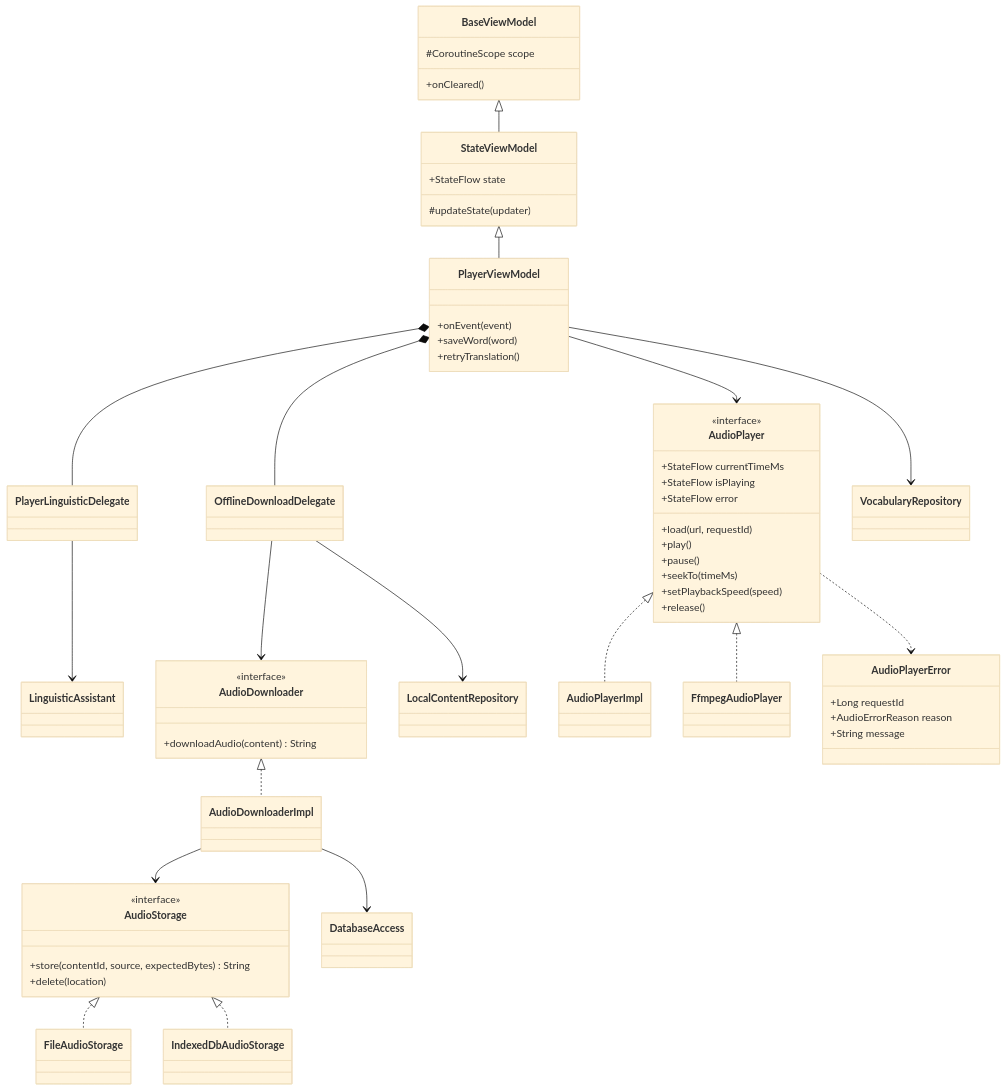
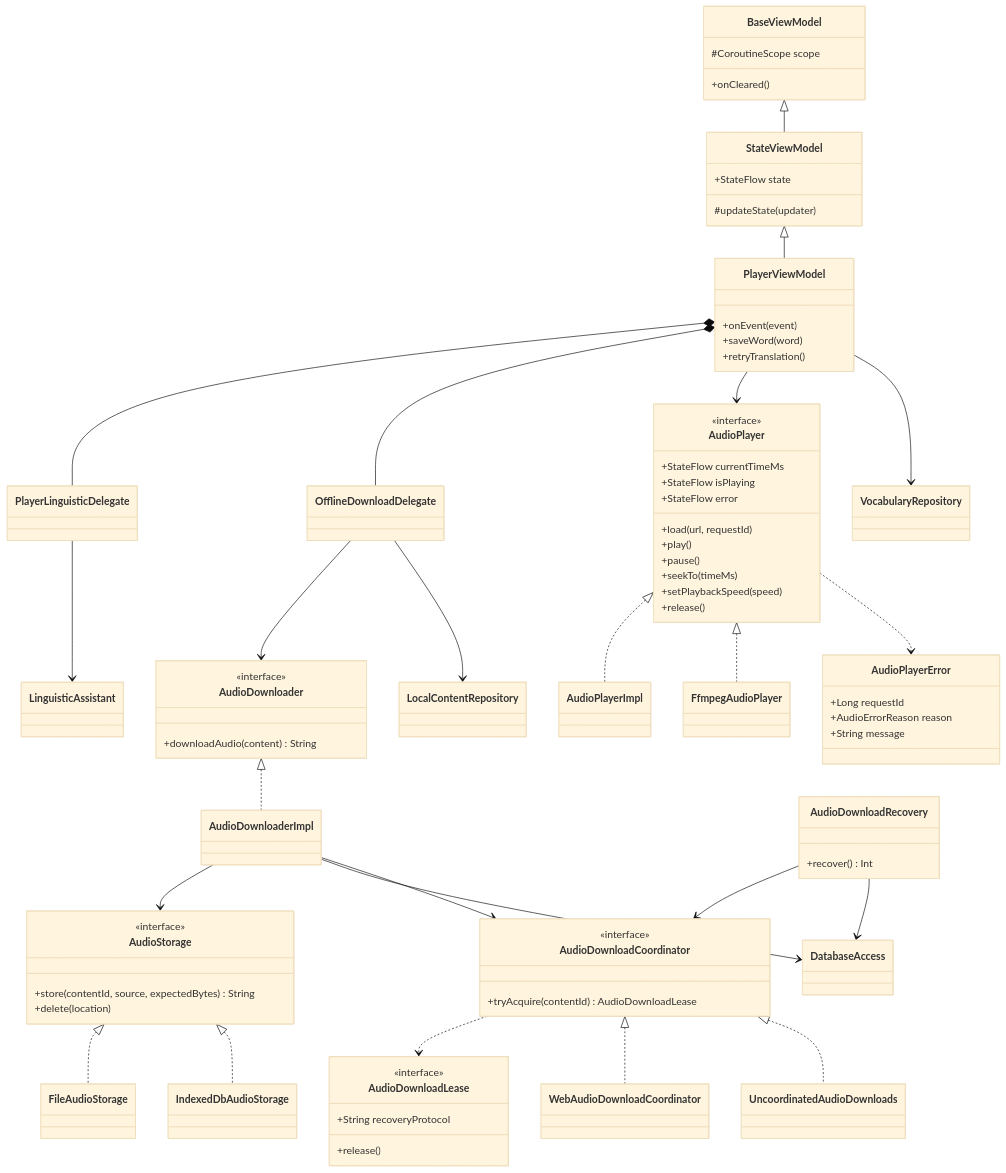
The third of 4 diagrams in docs/UML_CLASSES.md (ursusandwolf/langkraft), drawn with Mermaid (base theme) before and after one commit. The commit also changed other lines of this file and 21 other files, not shown here.

Commit message:
fix: recover interrupted browser download statuses under content leases

```diff
--- a/docs/UML_CLASSES.md
+++ b/docs/UML_CLASSES.md
@@ -152,6 +152,20 @@
         +downloadAudio(content) String
     }
     class AudioDownloaderImpl
+    class AudioDownloadCoordinator {
+        <<interface>>
+        +tryAcquire(contentId) AudioDownloadLease
+    }
+    class AudioDownloadLease {
+        <<interface>>
+        +String recoveryProtocol
+        +release()
+    }
+    class WebAudioDownloadCoordinator
+    class UncoordinatedAudioDownloads
+    class AudioDownloadRecovery {
+        +recover() Int
+    }
     class AudioStorage {
         <<interface>>
         +store(contentId, source, expectedBytes) String
@@ -190,6 +204,12 @@
     AudioDownloader <|.. AudioDownloaderImpl
     AudioDownloaderImpl --> AudioStorage
     AudioDownloaderImpl --> DatabaseAccess
+    AudioDownloaderImpl --> AudioDownloadCoordinator
+    AudioDownloadCoordinator ..> AudioDownloadLease
+    AudioDownloadCoordinator <|.. WebAudioDownloadCoordinator
+    AudioDownloadCoordinator <|.. UncoordinatedAudioDownloads
+    AudioDownloadRecovery --> AudioDownloadCoordinator
+    AudioDownloadRecovery --> DatabaseAccess
     AudioStorage <|.. FileAudioStorage
     AudioStorage <|.. IndexedDbAudioStorage
     AudioPlayer <|.. AudioPlayerImpl
```
